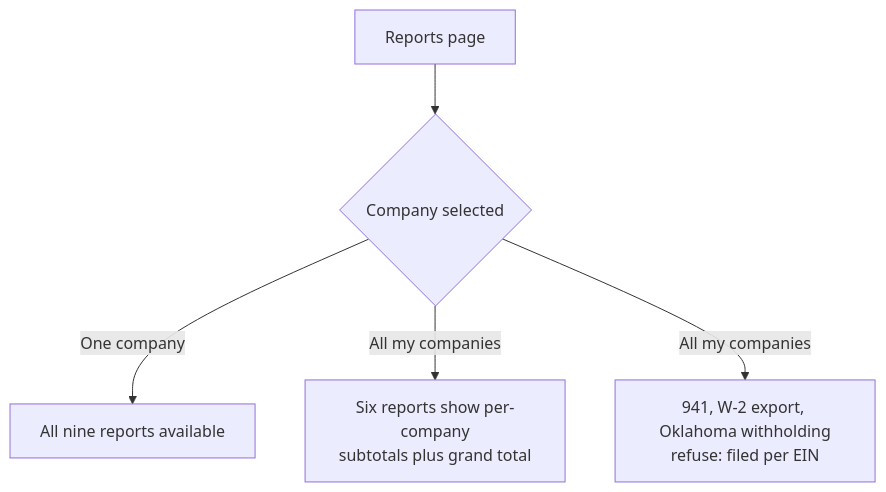
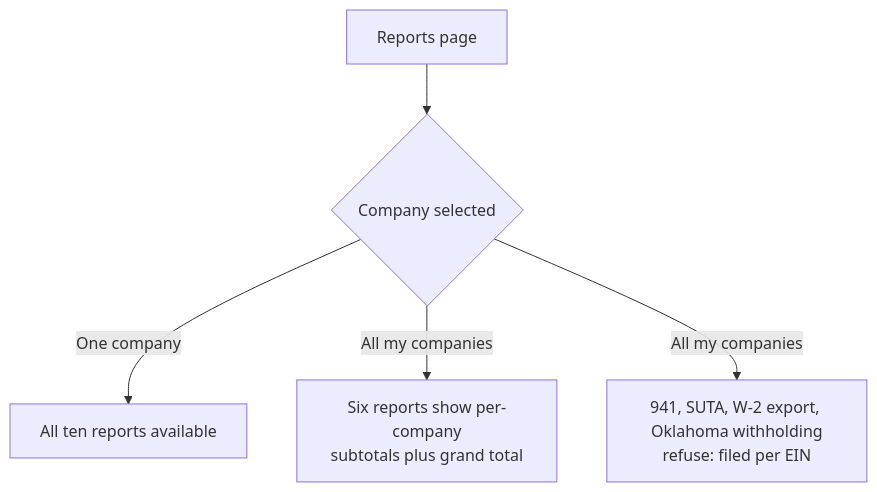
Before and after one commit to khorjak/vibes-payroll: the eighth of 9 diagrams in docs/PROCESS-FLOW.md, drawn with Mermaid. The commit also changed other lines of this file and 8 other files, not shown here.

First line of the commit message:
feat: Oklahoma SUTA (OESC) quarterly wage report

````diff
--- a/docs/PROCESS-FLOW.md
+++ b/docs/PROCESS-FLOW.md
@@ -167,7 +167,7 @@
 ```mermaid
 flowchart TD
     R[Reports page] --> SC{Company selected}
-    SC -->|One company| ALL[All nine reports available]
+    SC -->|One company| ALL[All ten reports available]
     SC -->|All my companies| SIX[Six reports show per-company<br/>subtotals plus grand total]
-    SC -->|All my companies| BLOCK[941, W-2 export, Oklahoma withholding<br/>refuse: filed per EIN]
+    SC -->|All my companies| BLOCK[941, SUTA, W-2 export, Oklahoma withholding<br/>refuse: filed per EIN]
 ```
````
